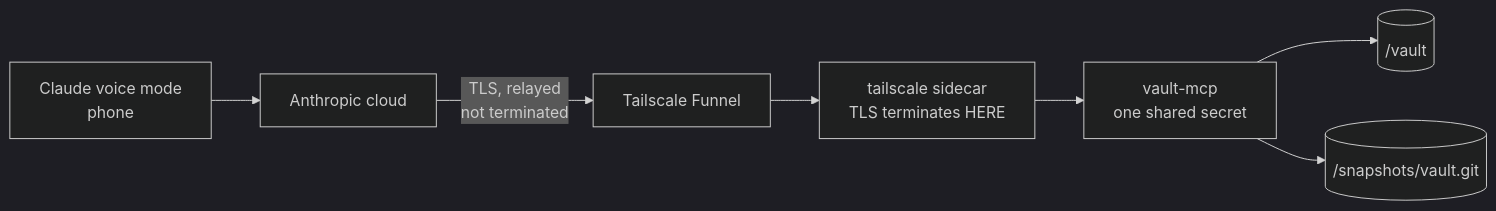
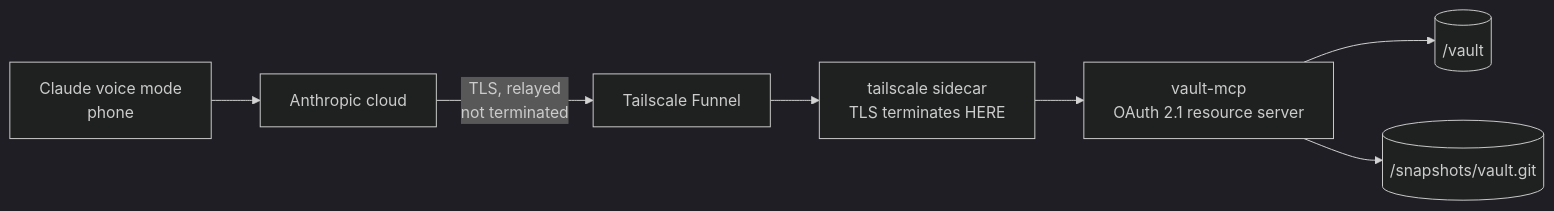
The diagram in vault-mcp/README.md (ky1ejs/homelab), drawn with Mermaid (dark theme) before and after one commit. The commit also changed other lines of this file and 7 other files, not shown here.

````diff
--- a/vault-mcp/README.md
+++ b/vault-mcp/README.md
@@ -138,9 +138,9 @@
 ```mermaid
 flowchart LR
     voice["Claude voice mode<br/>phone"] --> anth["Anthropic cloud"]
     anth -->|"TLS, relayed<br/>not terminated"| ts["Tailscale Funnel"]
     ts --> side["tailscale sidecar<br/>TLS terminates HERE"]
-    side --> mcp["vault-mcp<br/>one shared secret"]
+    side --> mcp["vault-mcp<br/>OAuth 2.1 resource server"]
     mcp --> vault[("/vault")]
     mcp --> snap[("/snapshots/vault.git")]
 ```
````
